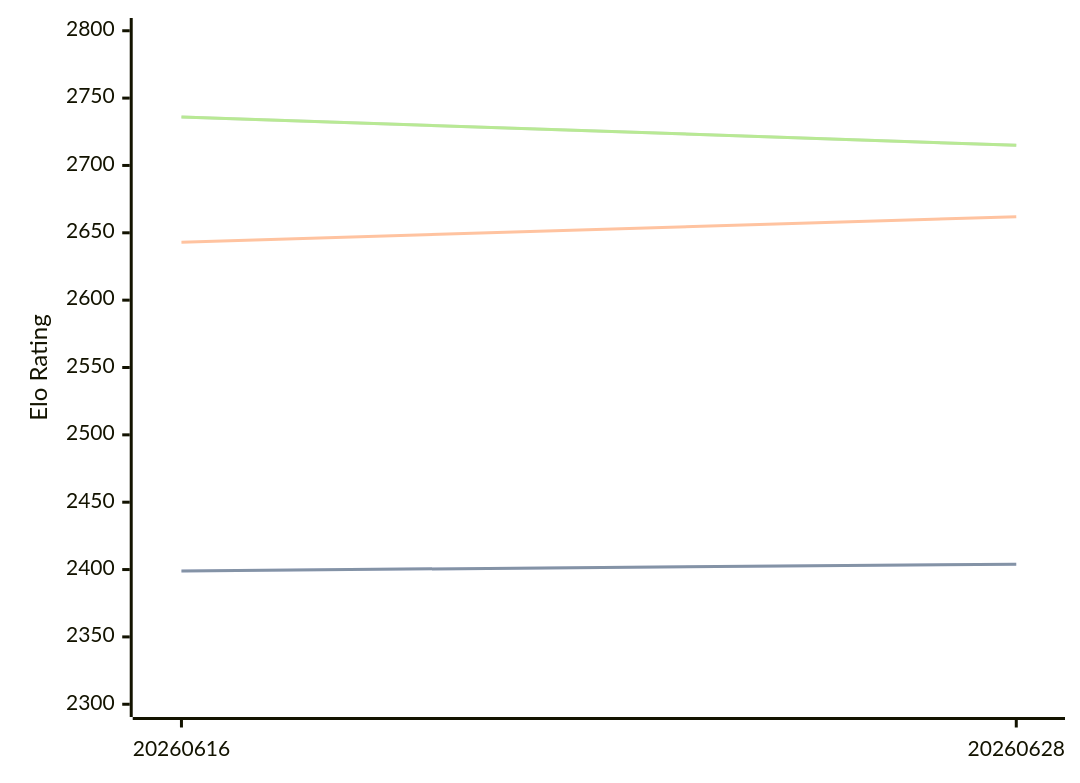
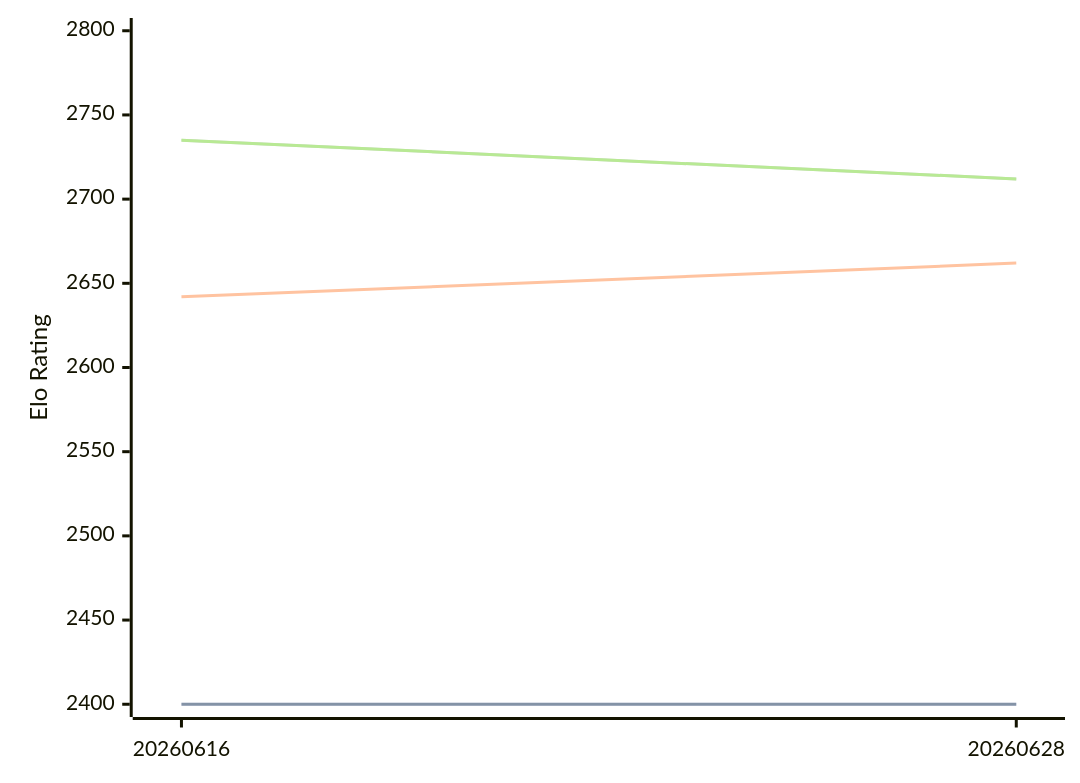
The first of 3 diagrams in engines/Askaig.md (computer-chess-index/cci), drawn with Mermaid before and after one commit. The commit also changed other lines of this file, not shown here.

Commit message:
Update CCI Ratings (ELO VLTC) - 2026-07-07

````diff
--- a/engines/Askaig.md
+++ b/engines/Askaig.md
@@ -35,11 +35,11 @@
 ```mermaid
 %%{init: {"theme":"base","themeVariables":{"seriesColors:['#a3a3a3','#222221','#faa371']}}}%%
 xychart-beta
   x-axis ["20260616", "20260628"]
-  y-axis "Elo Rating" 2300 --> 2800
-  line "STC (8.0+0.08s)" [2399, 2404]
-  line "STC (8.0+0.08s)" [2399, 2404]
-  line "LTC (60.0+0.60s)" [2643, 2662]
-  line "VLTC (2m24s+1.12s)" [2736, 2715]
-  line "VLTC (2m24s+1.12s)" [2736, 2715]
+  y-axis "Elo Rating" 2400 --> 2800
+  line "STC (8.0+0.08s)" [2400, 2400]
+  line "STC (8.0+0.08s)" [2400, 2400]
+  line "LTC (60.0+0.60s)" [2642, 2662]
+  line "VLTC (2m24s+1.12s)" [2735, 2712]
+  line "VLTC (2m24s+1.12s)" [2735, 2712]
 ```
````
